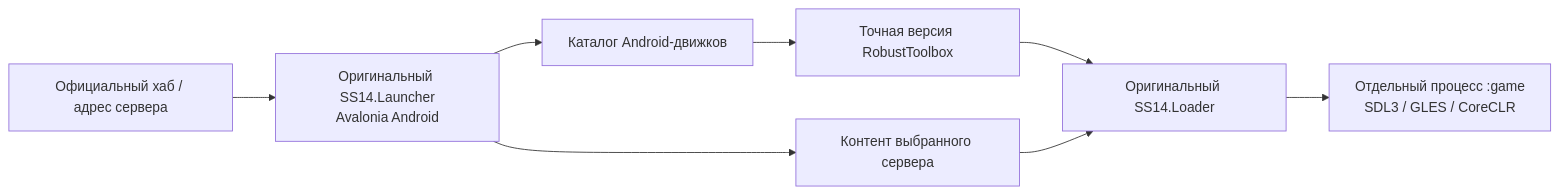
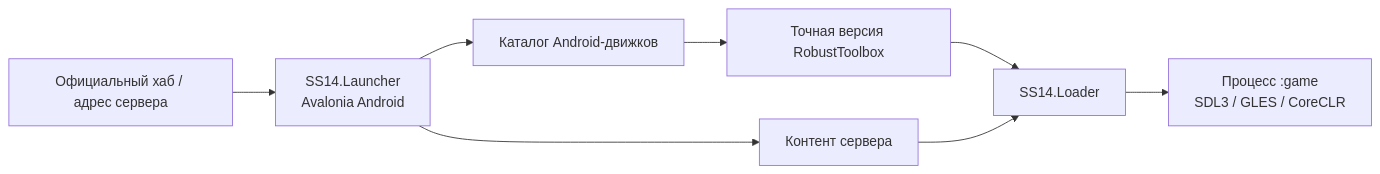
The diagram in docs/architecture.md (CibargStar/SS14-Android), drawn with Mermaid before and after one commit. The commit also changed other lines of this file and 14 other files, not shown here.

````diff
--- a/docs/architecture.md
+++ b/docs/architecture.md
@@ -3,10 +3,10 @@
 ```mermaid
 flowchart LR
-    Hub[Официальный хаб / адрес сервера] --> Launcher["Оригинальный SS14.Launcher<br/>Avalonia Android"]
+    Hub[Официальный хаб / адрес сервера] --> Launcher["SS14.Launcher<br/>Avalonia Android"]
     Launcher --> Catalog[Каталог Android-движков]
     Catalog --> Engine[Точная версия RobustToolbox]
-    Launcher --> Content[Контент выбранного сервера]
-    Engine --> Loader[Оригинальный SS14.Loader]
+    Launcher --> Content[Контент сервера]
+    Engine --> Loader[SS14.Loader]
     Content --> Loader
-    Loader --> Game["Отдельный процесс :game<br/>SDL3 / GLES / CoreCLR"]
+    Loader --> Game["Процесс :game<br/>SDL3 / GLES / CoreCLR"]
 ```
````
